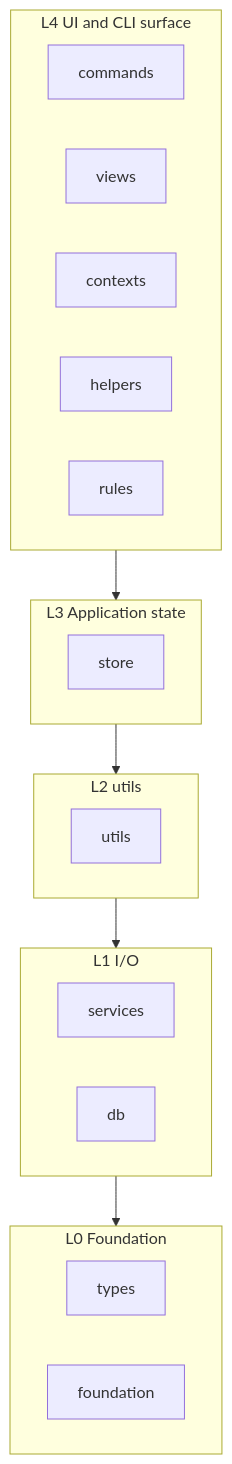
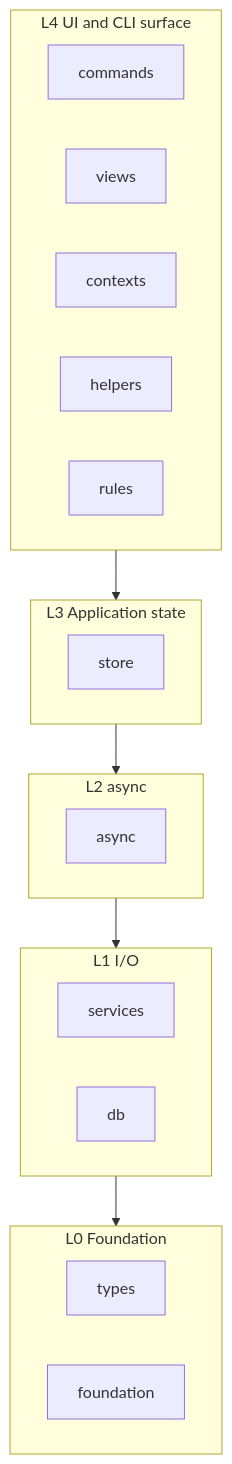
One commit to benlau/mudissue changed the diagram in docs/dev/module-layers.md. Above: the diagram before and after it, drawn with Mermaid. The commit also changed other lines of this file and 139 other files, not shown here.

Commit message:
Rename src/utils to src/async so the L2 layer name matches its async role.

````diff
--- a/docs/dev/module-layers.md
+++ b/docs/dev/module-layers.md
@@ -15,25 +15,25 @@
 ```mermaid
 flowchart TB
   subgraph L4 [L4 UI and CLI surface]
     commands[commands]
     views[views]
     contexts[contexts]
     helpers[helpers]
     rules[rules]
   end
   subgraph L3 [L3 Application state]
     store[store]
   end
-  subgraph L2 [L2 utils]
-    utils[utils]
+  subgraph L2 [L2 async]
+    asyncLayer[async]
   end
   subgraph L1 [L1 I/O]
     services[services]
     db[db]
   end
   subgraph L0 [L0 Foundation]
     types[types]
     foundation[foundation]
   end
   L4 --> L3 --> L2 --> L1 --> L0
 ```
````
